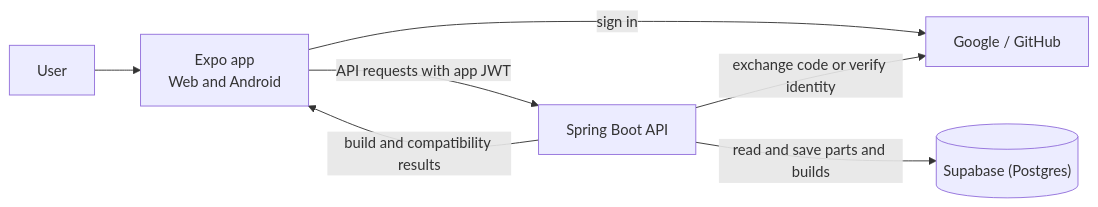
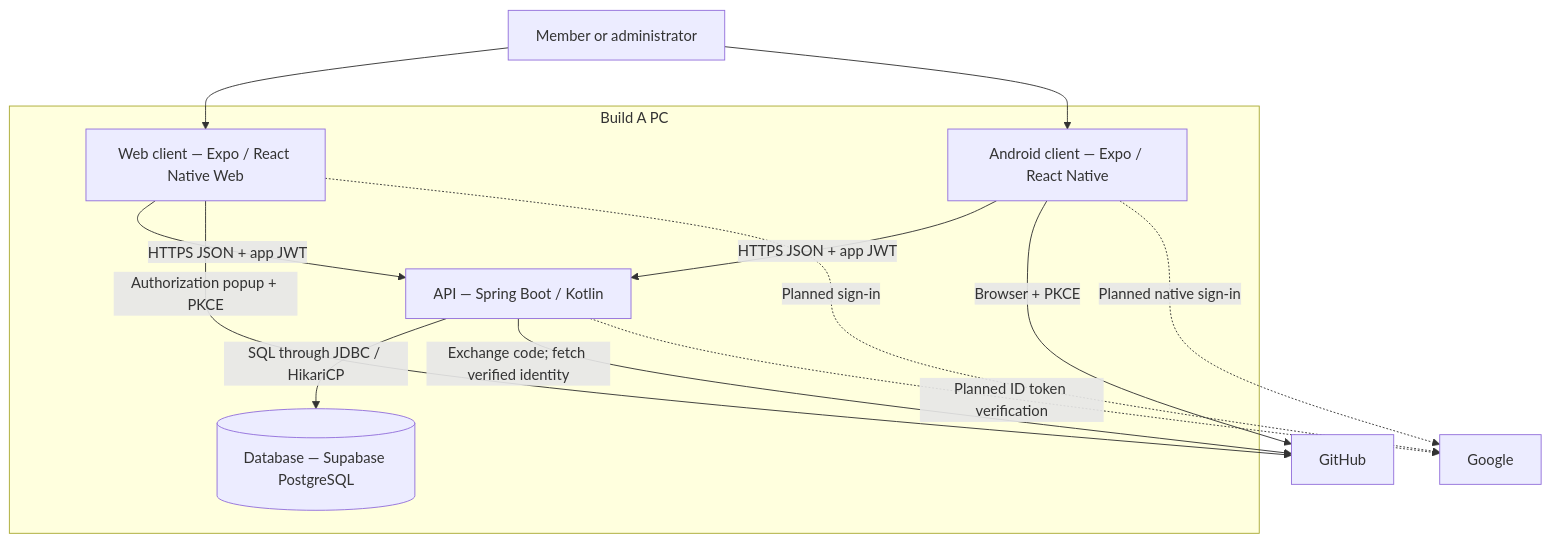
Before and after one commit to The-Fry-Guys/Build_A_PC: the second of 2 diagrams in docs/architecture.md, drawn with Mermaid. The commit also changed other lines of this file and 36 other files, not shown here.

First line of the commit message:
Align teammate CI, resolve Detekt findings, and document auth architecture

````diff
--- a/docs/architecture.md
+++ b/docs/architecture.md
@@ -6,9 +22,21 @@
 ```mermaid
-flowchart LR
-    User --> App["Expo app \nWeb and Android"]
-    App -->|"sign in"| OAuth["Google / GitHub"]
-    App -->|"API requests with app JWT"| API["Spring Boot API"]
-    API -->|"exchange code or verify identity"| OAuth
-    API -->|"read and save parts and builds"| DB[("Supabase (Postgres)")]
-    API -->|"build and compatibility results"| App
+flowchart TB
+    Person["Member or administrator"]
+    subgraph System["Build A PC"]
+        Web["Web client — Expo / React Native Web"]
+        Android["Android client — Expo / React Native"]
+        API["API — Spring Boot / Kotlin"]
+        DB[("Database — Supabase PostgreSQL")]
+        Web -->|"HTTPS JSON + app JWT"| API
+        Android -->|"HTTPS JSON + app JWT"| API
+        API -->|"SQL through JDBC / HikariCP"| DB
+    end
+    Person --> Web
+    Person --> Android
+    Web -->|"Authorization popup + PKCE"| GitHub["GitHub"]
+    Android -->|"Browser + PKCE"| GitHub
+    API -->|"Exchange code; fetch verified identity"| GitHub
+    Web -.->|"Planned sign-in"| Google["Google"]
+    Android -.->|"Planned native sign-in"| Google
+    API -.->|"Planned ID token verification"| Google
 ```
````
